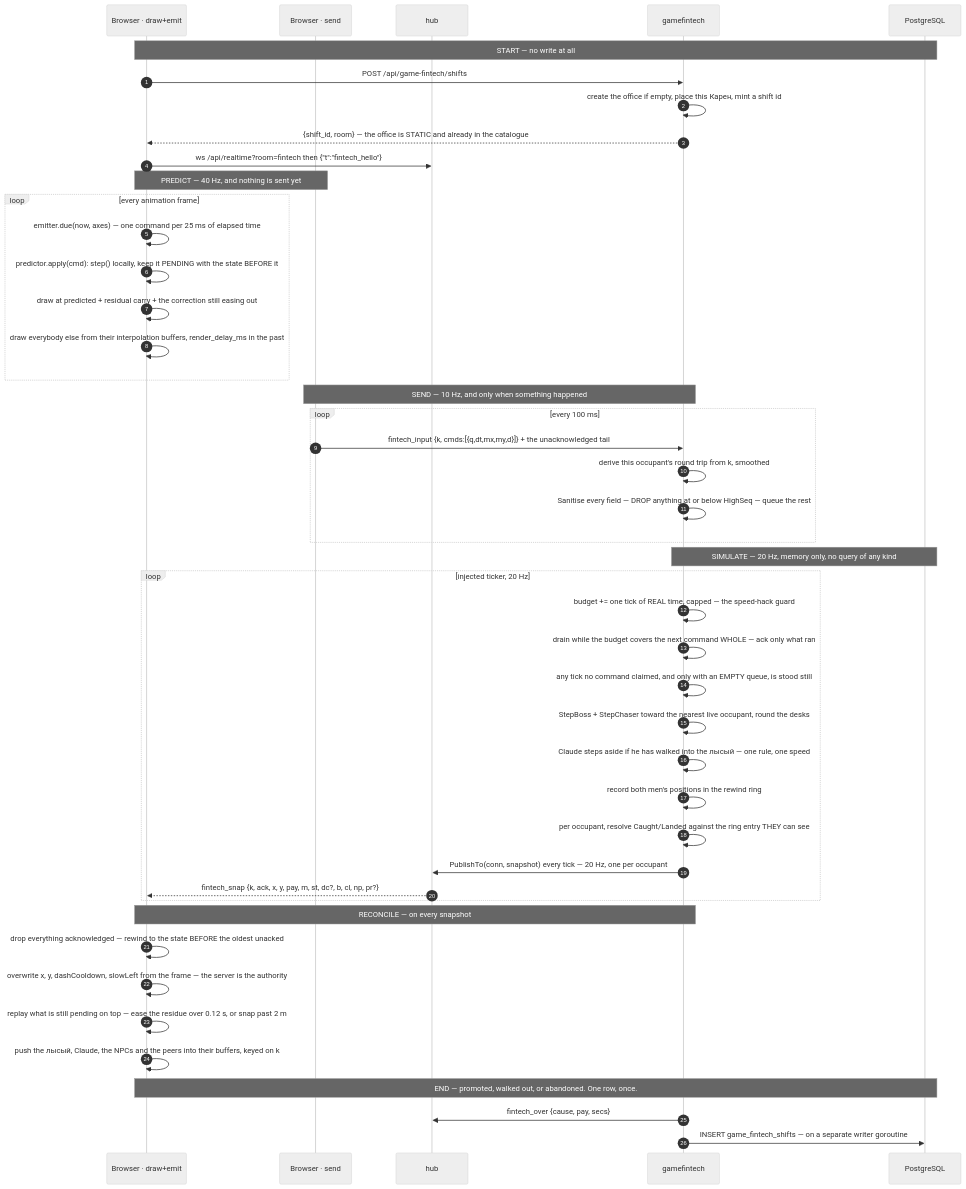
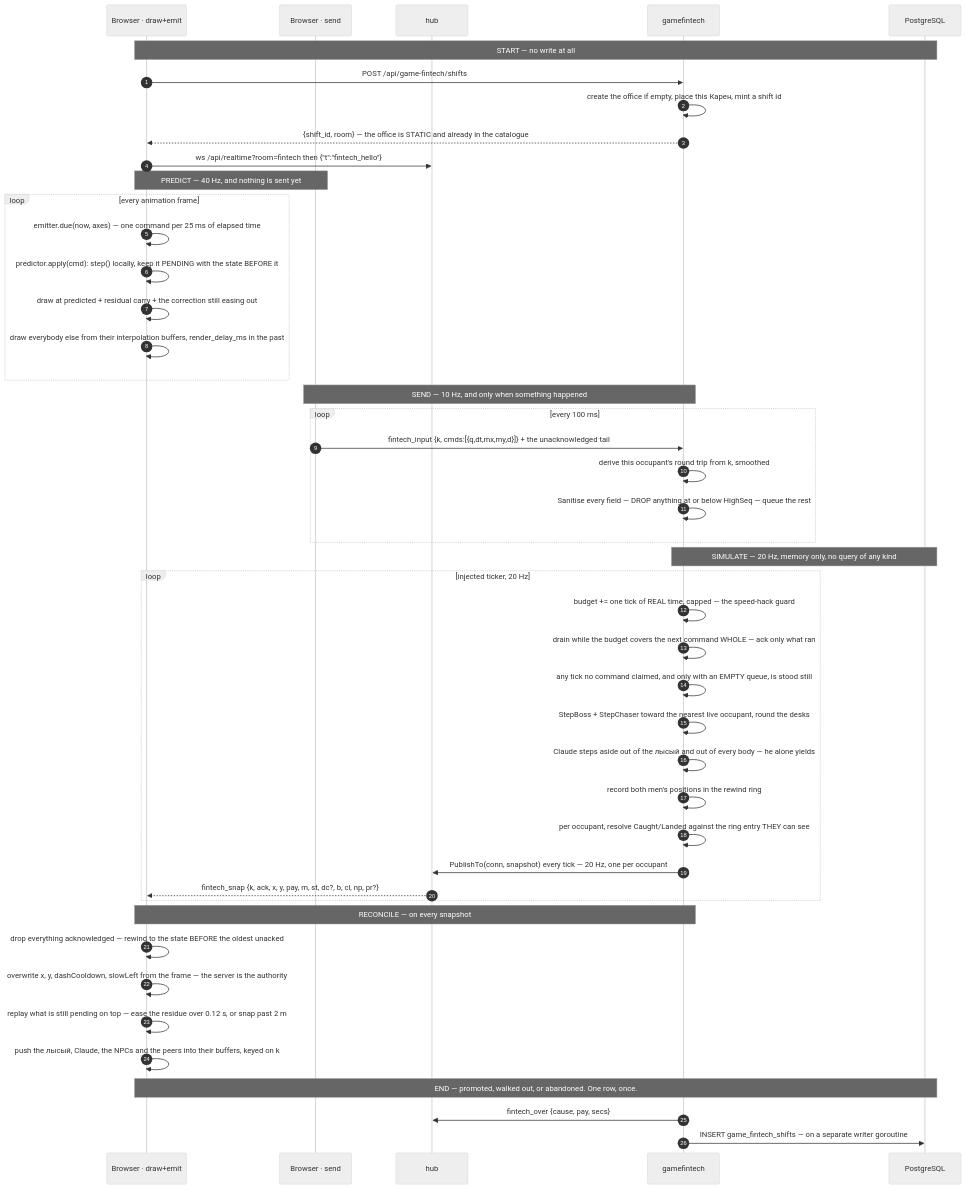
Before and after one commit to SergeyZSpb/psycho-space: the ninth of 13 diagrams in docs/ARCHITECTURE.md, drawn with Mermaid (neutral theme). The commit also changed 3 other files, not shown here.

First line of the commit message:
fix(gamefintech): Claude Code steps out of the man he is standing in

````diff
--- a/docs/ARCHITECTURE.md
+++ b/docs/ARCHITECTURE.md
@@ -469,53 +469,53 @@
 ```mermaid
 sequenceDiagram
     autonumber
     participant D as Browser · draw+emit
     participant S as Browser · send
     participant H as hub
     participant G as gamefintech
     participant P as PostgreSQL
 
     Note over D,P: START — no write at all
     D->>G: POST /api/game-fintech/shifts
     G->>G: create the office if empty, place this Карен, mint a shift id
     G-->>D: {shift_id, room} — the office is STATIC and already in the catalogue
     D->>H: ws /api/realtime?room=fintech then {"t":"fintech_hello"}
 
     Note over D,S: PREDICT — 40 Hz, and nothing is sent yet
     loop every animation frame
         D->>D: emitter.due(now, axes) — one command per 25 ms of elapsed time
         D->>D: predictor.apply(cmd): step() locally, keep it PENDING with the state BEFORE it
         D->>D: draw at predicted + residual carry + the correction still easing out
         D->>D: draw everybody else from their interpolation buffers, render_delay_ms in the past
     end
 
     Note over S,G: SEND — 10 Hz, and only when something happened
     loop every 100 ms
         S->>G: fintech_input {k, cmds:[{q,dt,mx,my,d}]} + the unacknowledged tail
         G->>G: derive this occupant's round trip from k, smoothed
         G->>G: Sanitise every field — DROP anything at or below HighSeq — queue the rest
     end
 
     Note over G,P: SIMULATE — 20 Hz, memory only, no query of any kind
     loop injected ticker, 20 Hz
         G->>G: budget += one tick of REAL time, capped — the speed-hack guard
         G->>G: drain while the budget covers the next command WHOLE — ack only what ran
         G->>G: any tick no command claimed, and only with an EMPTY queue, is stood still
         G->>G: StepBoss + StepChaser toward the nearest live occupant, round the desks
-        G->>G: Claude steps aside if he has walked into the лысый — one rule, one speed
+        G->>G: Claude steps aside out of the лысый and out of every body — he alone yields
         G->>G: record both men's positions in the rewind ring
         G->>G: per occupant, resolve Caught/Landed against the ring entry THEY can see
         G->>H: PublishTo(conn, snapshot) every tick — 20 Hz, one per occupant
         H-->>D: fintech_snap {k, ack, x, y, pay, m, st, dc?, b, cl, np, pr?}
     end
 
     Note over D,G: RECONCILE — on every snapshot
     D->>D: drop everything acknowledged — rewind to the state BEFORE the oldest unacked
     D->>D: overwrite x, y, dashCooldown, slowLeft from the frame — the server is the authority
     D->>D: replay what is still pending on top — ease the residue over 0.12 s, or snap past 2 m
     D->>D: push the лысый, Claude, the NPCs and the peers into their buffers, keyed on k
 
     Note over D,P: END — promoted, walked out, or abandoned. One row, once.
     G->>H: fintech_over {cause, pay, secs}
     G->>P: INSERT game_fintech_shifts — on a separate writer goroutine
 ```
````
